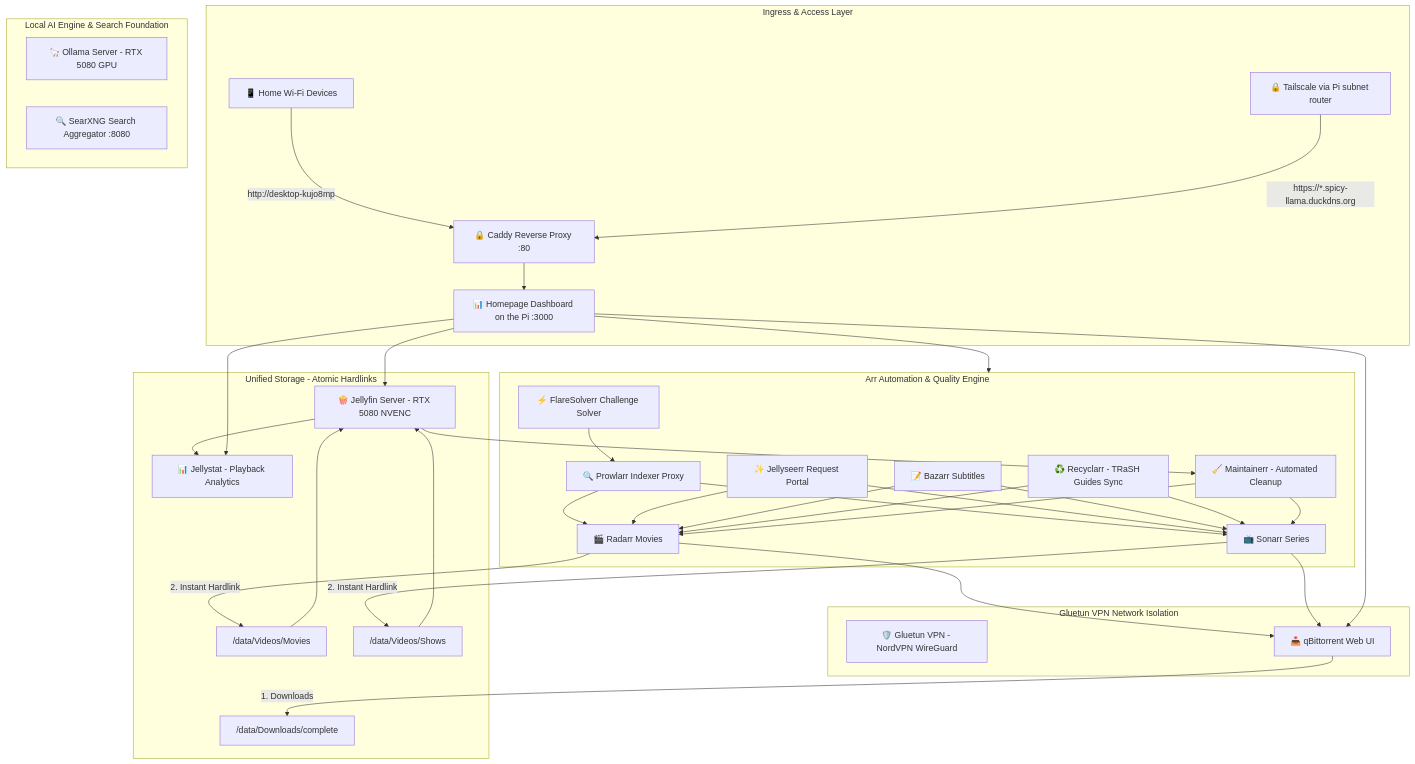
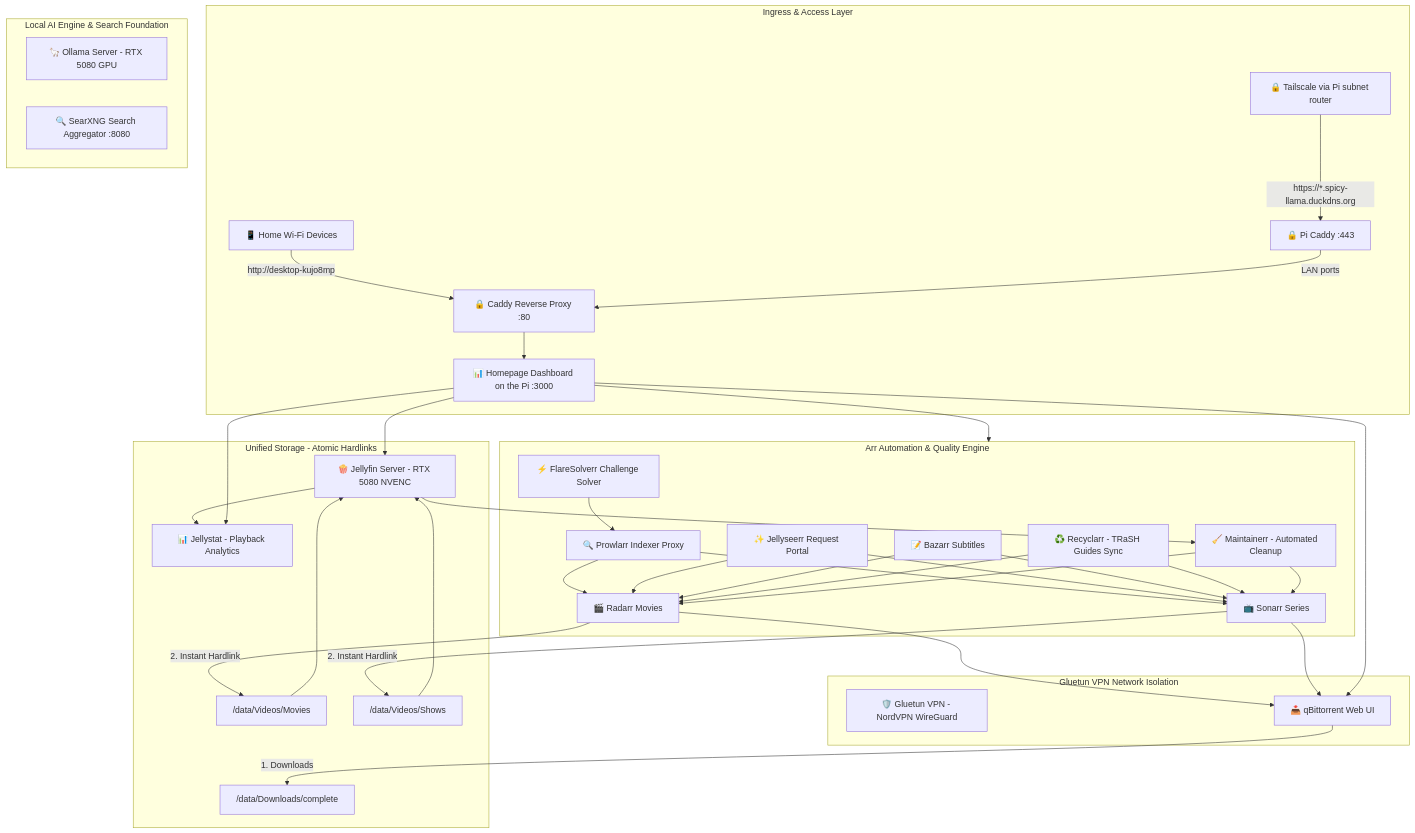
One commit to Anwera64/homelab changed the diagram in README.md. Above: the diagram before and after it, drawn with Mermaid. The commit also changed other lines of this file and 12 other files, not shown here.

First line of the commit message:
Caddy's HTTPS ingress moves to the Pi (#73)

````diff
--- a/README.md
+++ b/README.md
@@ -39,40 +39,40 @@
 ```mermaid
 graph TD
     subgraph Ingress [Ingress & Access Layer]
         CLIENTS[📱 Home Wi-Fi Devices] -->|http://desktop-kujo8mp| CADDY[🔒 Caddy Reverse Proxy :80]
-        TAILSCALE[🔒 Tailscale via Pi subnet router] -->|https://*.spicy-llama.duckdns.org| CADDY
+        TAILSCALE[🔒 Tailscale via Pi subnet router] -->|https://*.spicy-llama.duckdns.org| PICADDY[🔒 Pi Caddy :443] -->|LAN ports| CADDY
         CADDY --> HOMEPAGE[📊 Homepage Dashboard on the Pi :3000]
     end
 
     subgraph AIStack [Local AI Engine & Search Foundation]
         OLLAMA[🦙 Ollama Server - RTX 5080 GPU]
         SEARX[🔍 SearXNG Search Aggregator :8080]
     end
 
     subgraph VPNNet [Gluetun VPN Network Isolation]
         GLUETUN[🛡️ Gluetun VPN - NordVPN WireGuard]
         QBIT[📥 qBittorrent Web UI]
     end
 
     subgraph ArrSuite [Arr Automation & Quality Engine]
         PROW[🔍 Prowlarr Indexer Proxy] --> RAD[🎬 Radarr Movies] & SON[📺 Sonarr Series]
         FLARE[⚡ FlareSolverr Challenge Solver] --> PROW
         SEERR[✨ Jellyseerr Request Portal] --> RAD & SON
         RAD & SON --> QBIT
         BAZ[📝 Bazarr Subtitles] --> RAD & SON
         RECYC[♻️ Recyclarr - TRaSH Guides Sync] --> RAD & SON
         MAINT[🧹 Maintainerr - Automated Cleanup] --> RAD & SON
     end
 
     subgraph MediaStorage [Unified Storage - Atomic Hardlinks]
         QBIT -->|1. Downloads| DOWN["/data/Downloads/complete"]
         RAD -->|2. Instant Hardlink| MOVIES["/data/Videos/Movies"]
         SON -->|2. Instant Hardlink| SHOWS["/data/Videos/Shows"]
         MOVIES --> JELLY[🍿 Jellyfin Server - RTX 5080 NVENC]
         SHOWS --> JELLY
         JELLY --> JSTAT[📊 Jellystat - Playback Analytics]
         JELLY --> MAINT
     end
 
     HOMEPAGE --> ArrSuite & JELLY & QBIT & JSTAT
 ```
````
